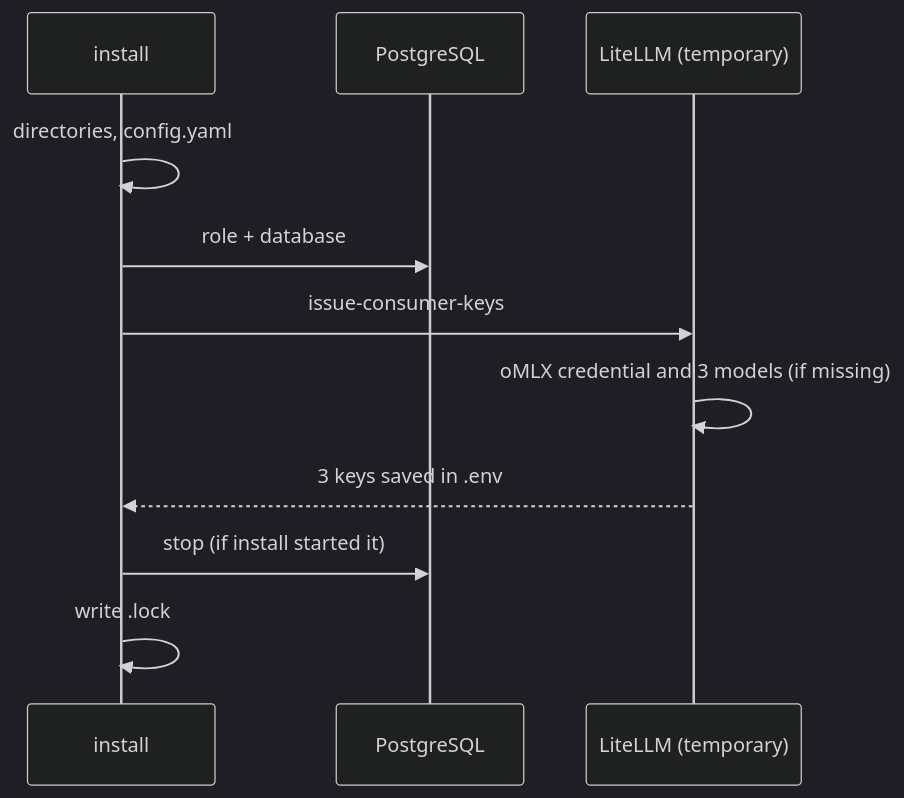
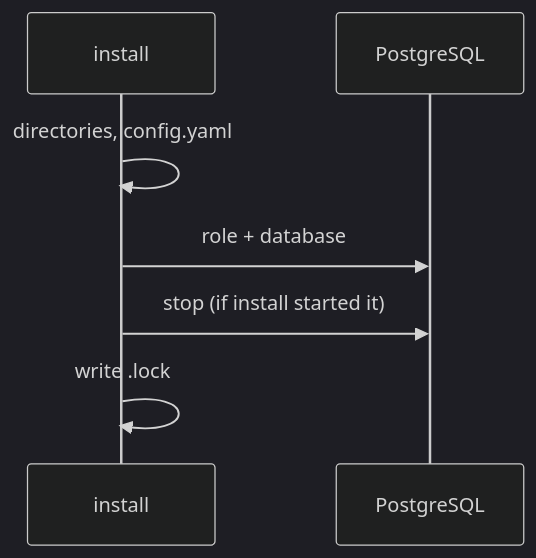
The second of 2 diagrams in stack-30_-_litellm/README.md (ea1het/local_hybrid_ai), drawn with Mermaid (dark theme) before and after one commit. The commit also changed other lines of this file and 31 other files, not shown here.

````diff
--- a/stack-30_-_litellm/README.md
+++ b/stack-30_-_litellm/README.md
@@ -31,13 +31,9 @@
 ```mermaid
 sequenceDiagram
     participant W as install
     participant PG as PostgreSQL
-    participant L as LiteLLM (temporary)
     W->>W: directories, config.yaml
     W->>PG: role + database
-    W->>L: issue-consumer-keys
-    L->>L: oMLX credential and 3 models (if missing)
-    L-->>W: 3 keys saved in .env
     W->>PG: stop (if install started it)
     W->>W: write .lock
 ```
````
